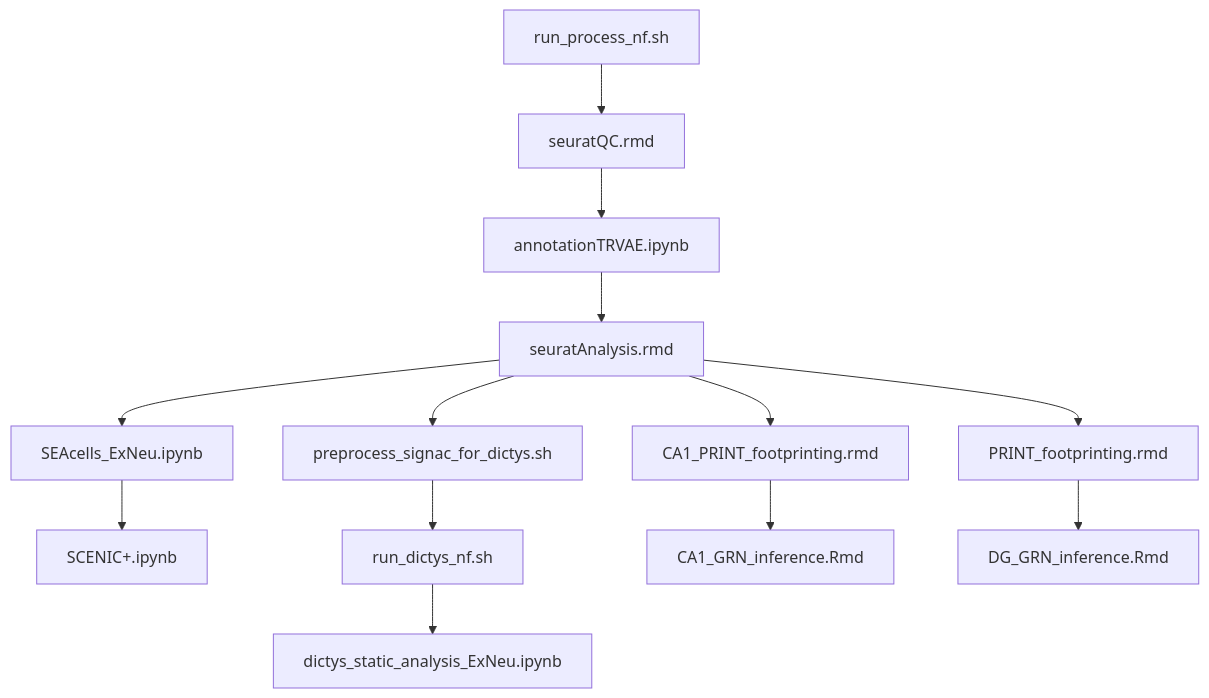
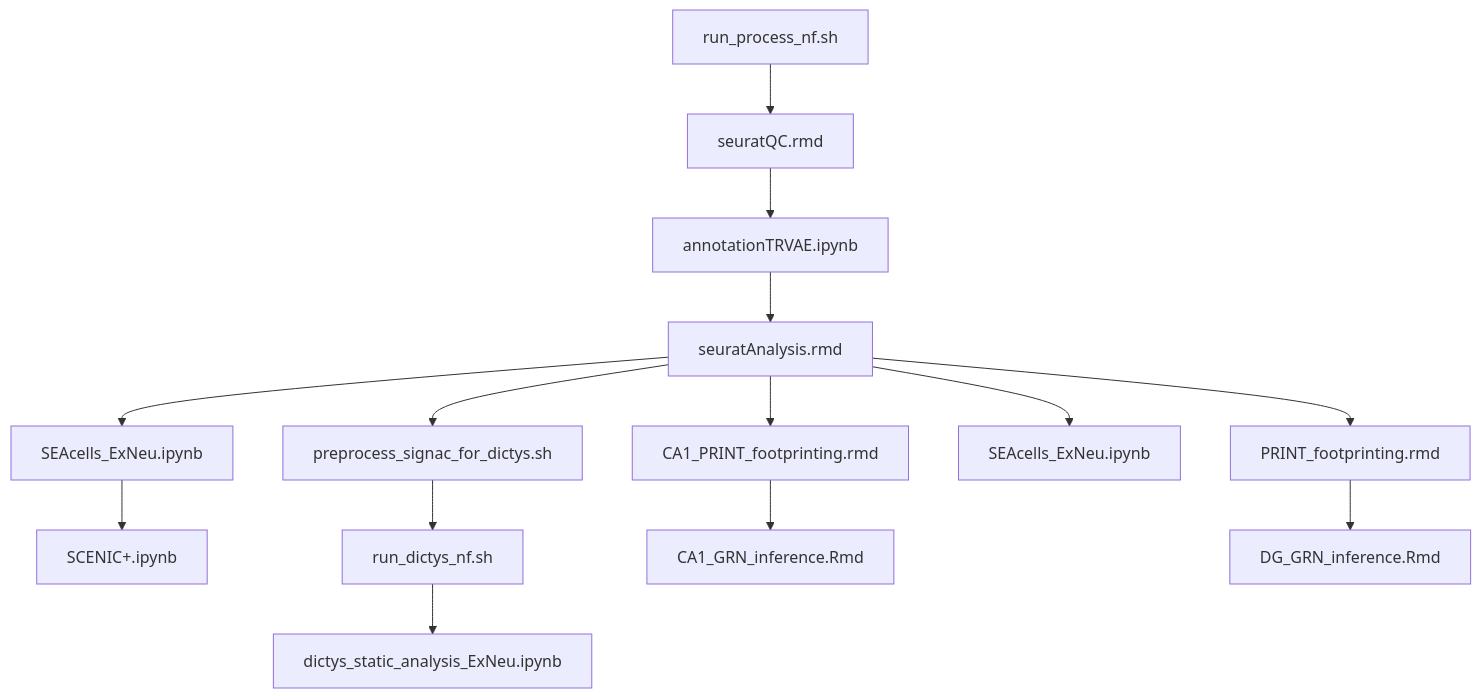
One commit to AndyCGraham/thesis changed the diagram in README.md. Above: the diagram before and after it, drawn with Mermaid. The commit also changed other lines of this file and 1 other file, not shown here.

Commit message:
Enhancement: visium analysis

````diff
--- a/README.md
+++ b/README.md
@@ -28,15 +29,16 @@
 ```mermaid
     graph TD;
         A[run_process_nf.sh] --> B[seuratQC.rmd];
         B --> C[annotationTRVAE.ipynb];
         C --> D[seuratAnalysis.rmd];
         D --> E[PRINT_footprinting.rmd];
         D --> F[CA1_PRINT_footprinting.rmd];
         D --> G[SEAcells_ExNeu.ipynb];
-        G --> H[SCENIC+.ipynb];
+        D --> H[SEAcells_ExNeu.ipynb];
         D --> I[preprocess_signac_for_dictys.sh];
-        I --> J[run_dictys_nf.sh];
-        F --> K[CA1_GRN_inference.Rmd];
-        E --> L[DG_GRN_inference.Rmd];
-        J --> M[dictys_static_analysis_ExNeu.ipynb]
+        G --> J[SCENIC+.ipynb];
+        I --> K[run_dictys_nf.sh];
+        F --> L[CA1_GRN_inference.Rmd];
+        E --> M[DG_GRN_inference.Rmd];
+        K --> N[dictys_static_analysis_ExNeu.ipynb]
 ```
````
